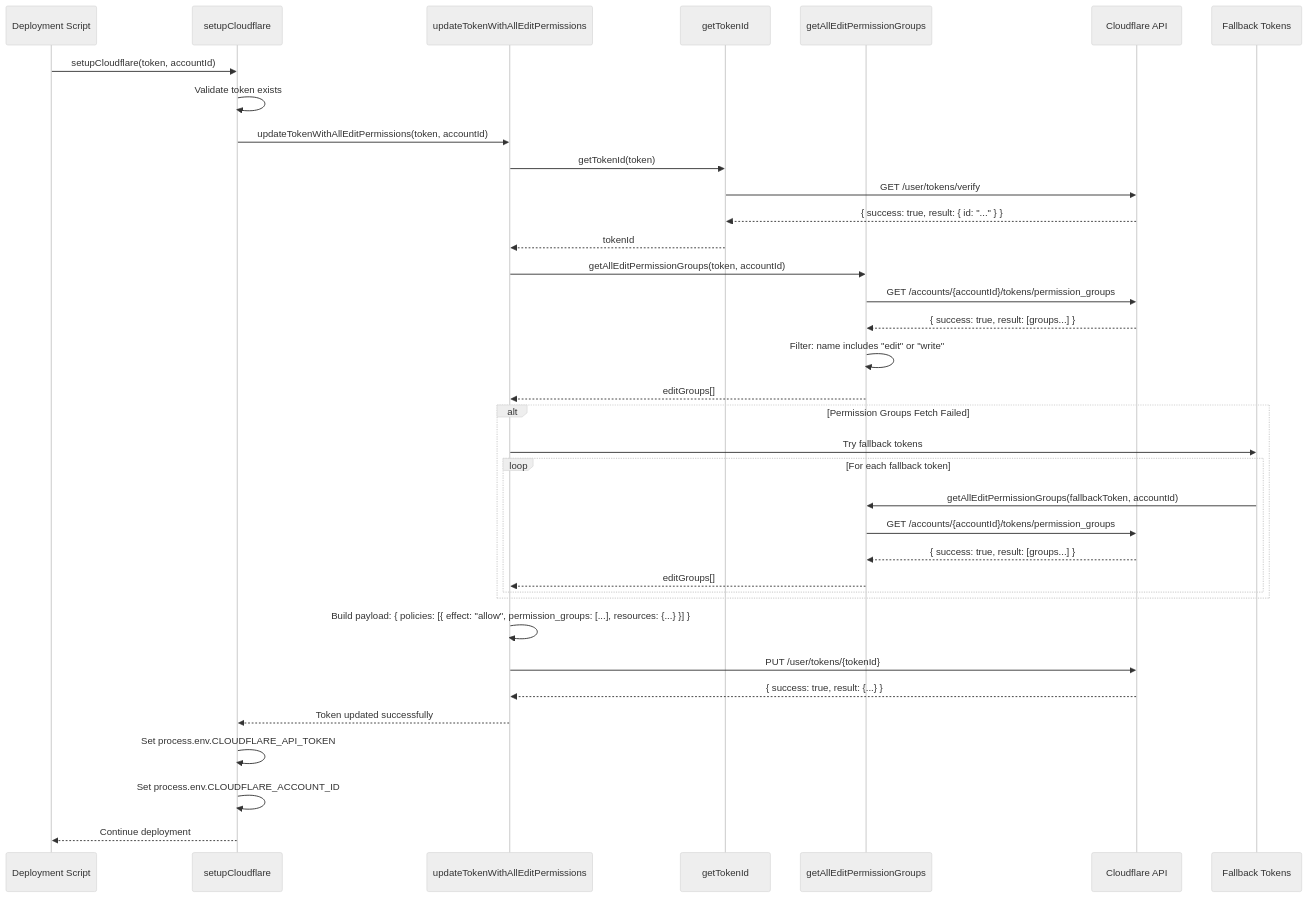
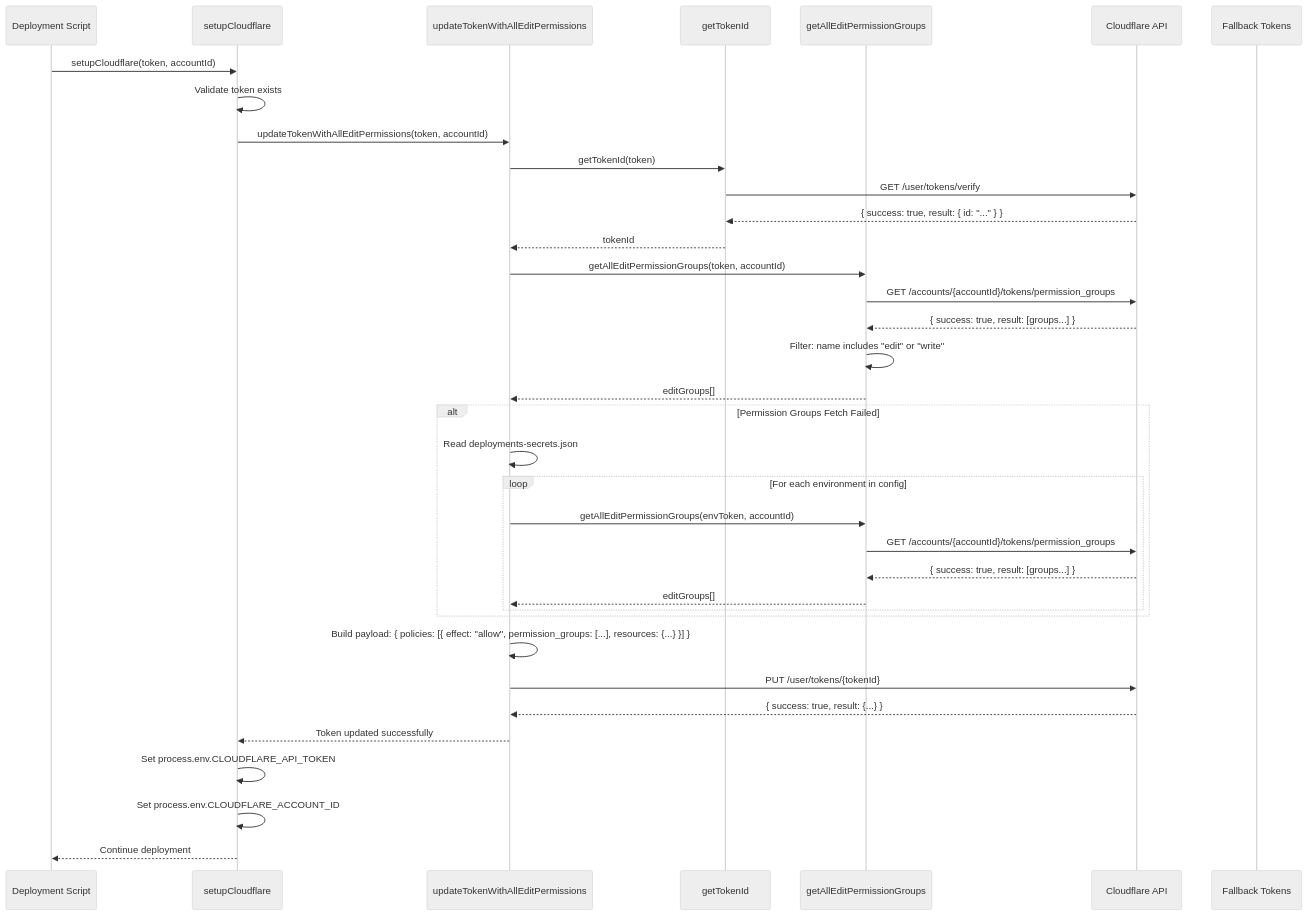
One commit to chungminhtu/AI_FaceSwap_Cloudflare_Backend changed the second of 6 diagrams in _deploy-cli-cloudflare-gcp/CLOUDFLARE_TOKEN_AUTO_UPDATE_GUIDE.md. Above: the diagram before and after it, drawn with Mermaid (neutral theme). The commit also changed other lines of this file and 2 other files, not shown here.

First line of the commit message:
Update Cloudflare Token Auto Update Guide and Security Performance Documentation

````diff
--- a/_deploy-cli-cloudflare-gcp/CLOUDFLARE_TOKEN_AUTO_UPDATE_GUIDE.md
+++ b/_deploy-cli-cloudflare-gcp/CLOUDFLARE_TOKEN_AUTO_UPDATE_GUIDE.md
@@ -122,43 +123,43 @@
 ```mermaid
 sequenceDiagram
     participant DS as Deployment Script
     participant SC as setupCloudflare
     participant UT as updateTokenWithAllEditPermissions
     participant GTI as getTokenId
     participant GEPG as getAllEditPermissionGroups
     participant CF as Cloudflare API
     participant FT as Fallback Tokens
     
     DS->>SC: setupCloudflare(token, accountId)
     SC->>SC: Validate token exists
     SC->>UT: updateTokenWithAllEditPermissions(token, accountId)
     
     UT->>GTI: getTokenId(token)
     GTI->>CF: GET /user/tokens/verify
     CF-->>GTI: { success: true, result: { id: "..." } }
     GTI-->>UT: tokenId
     
     UT->>GEPG: getAllEditPermissionGroups(token, accountId)
     GEPG->>CF: GET /accounts/{accountId}/tokens/permission_groups
     CF-->>GEPG: { success: true, result: [groups...] }
     GEPG->>GEPG: Filter: name includes "edit" or "write"
     GEPG-->>UT: editGroups[]
     
     alt Permission Groups Fetch Failed
-        UT->>FT: Try fallback tokens
-        loop For each fallback token
-            FT->>GEPG: getAllEditPermissionGroups(fallbackToken, accountId)
+        UT->>UT: Read deployments-secrets.json
+        loop For each environment in config
+            UT->>GEPG: getAllEditPermissionGroups(envToken, accountId)
             GEPG->>CF: GET /accounts/{accountId}/tokens/permission_groups
             CF-->>GEPG: { success: true, result: [groups...] }
             GEPG-->>UT: editGroups[]
         end
     end
     
     UT->>UT: Build payload: { policies: [{ effect: "allow", permission_groups: [...], resources: {...} }] }
     UT->>CF: PUT /user/tokens/{tokenId}
     CF-->>UT: { success: true, result: {...} }
     UT-->>SC: Token updated successfully
     SC->>SC: Set process.env.CLOUDFLARE_API_TOKEN
     SC->>SC: Set process.env.CLOUDFLARE_ACCOUNT_ID
     SC-->>DS: Continue deployment
 ```
````
